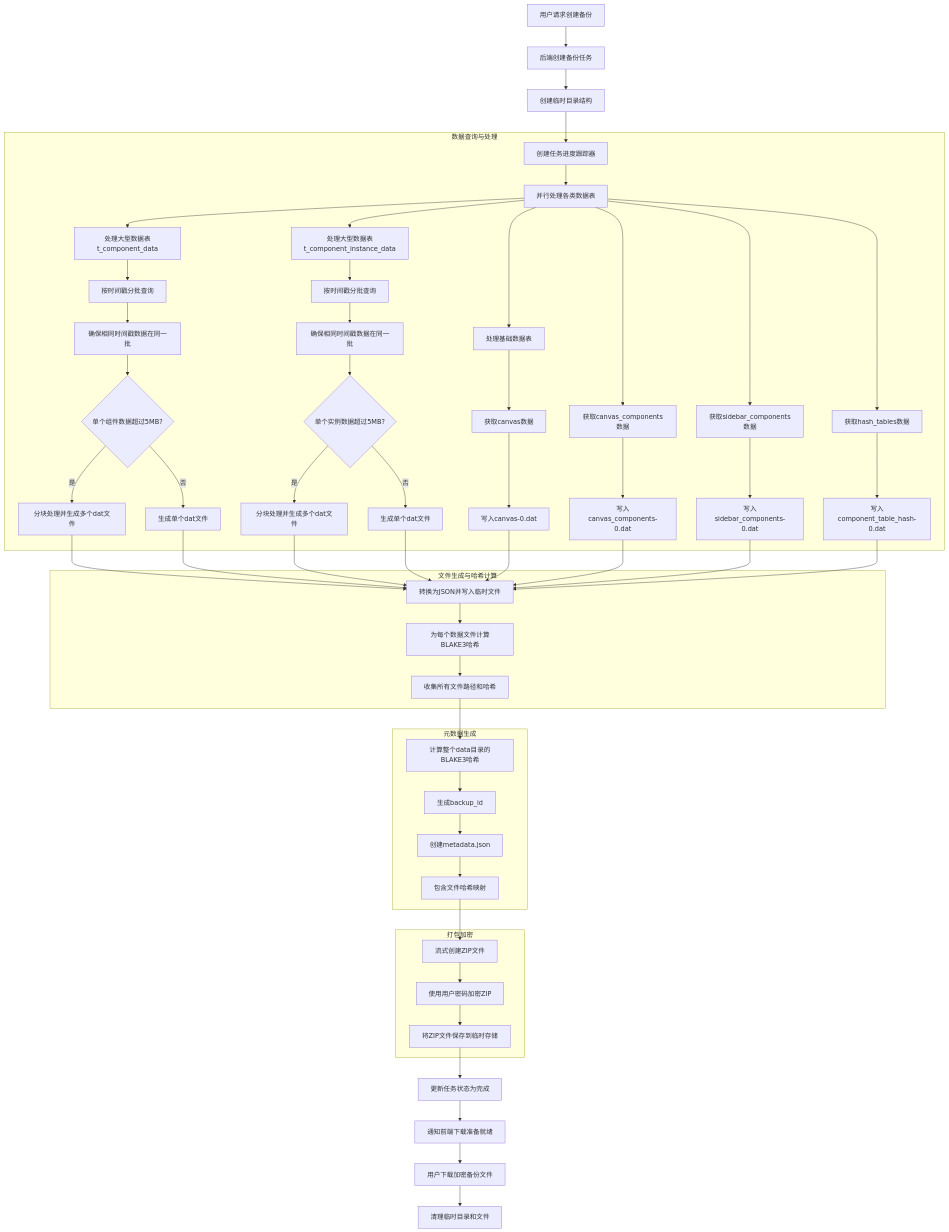
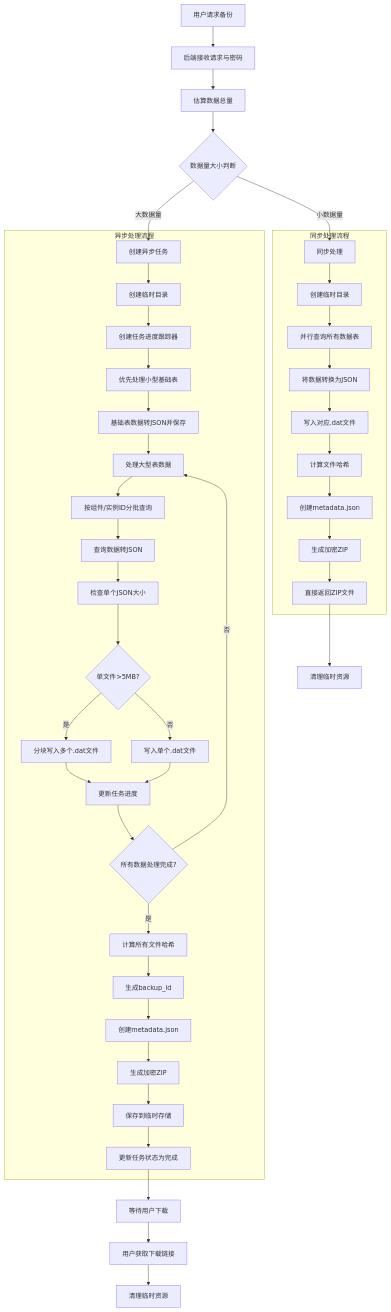
The diagram in all/未命名-61.md (yingjianzh/iodraw-files), drawn with Mermaid before and after one commit.

Commit message:
2025-05-15 17:16:31 update

````diff
--- a/all/未命名-61.md
+++ b/all/未命名-61.md
@@ -1,69 +1,55 @@
 ```mermaid
 flowchart TD
-    A[用户请求创建备份] --> B[后端创建备份任务]
-    B --> C[创建临时目录结构]
-    C --> D[创建任务进度跟踪器]
+    A[用户请求备份] --> B[后端接收请求与密码]
+    B --> C[估算数据总量]
+    C --> D{数据量大小判断}
     
-    subgraph 数据查询与处理
-        D --> E[并行处理各类数据表]
-        
-        E --> F1[处理基础数据表]
-        F1 --> G1[获取canvas数据]
-        G1 --> H1[写入canvas-0.dat]
-        
-        E --> F2[获取canvas_components数据]
-        F2 --> G2[写入canvas_components-0.dat]
-        
-        E --> F3[获取sidebar_components数据]
-        F3 --> G3[写入sidebar_components-0.dat]
-        
-        E --> F4[获取hash_tables数据]
-        F4 --> G4[写入component_table_hash-0.dat]
-        
-        E --> F5[处理大型数据表t_component_data]
-        F5 --> G5[按时间戳分批查询]
-        G5 --> H5[确保相同时间戳数据在同一批]
-        H5 --> I5{单个组件数据超过5MB?}
-        I5 -->|是| J5[分块处理并生成多个dat文件]
-        I5 -->|否| K5[生成单个dat文件]
-        
-        E --> F6[处理大型数据表t_component_instance_data]
-        F6 --> G6[按时间戳分批查询]
-        G6 --> H6[确保相同时间戳数据在同一批]
-        H6 --> I6{单个实例数据超过5MB?}
-        I6 -->|是| J6[分块处理并生成多个dat文件]
-        I6 -->|否| K6[生成单个dat文件]
+    D -->|小数据量| E[同步处理]
+    D -->|大数据量| F[创建异步任务]
+    
+    subgraph 同步处理流程
+        E --> G1[创建临时目录]
+        G1 --> H1[并行查询所有数据表]
+        H1 --> I1[将数据转换为JSON]
+        I1 --> J1[写入对应.dat文件]
+        J1 --> K1[计算文件哈希]
+        K1 --> L1[创建metadata.json]
+        L1 --> M1[生成加密ZIP]
+        M1 --> N1[直接返回ZIP文件]
     end
     
-    subgraph 文件生成与哈希计算
-        J5 --> L[转换为JSON并写入临时文件]
-        K5 --> L
-        J6 --> L
-        K6 --> L
-        H1 --> L
-        G2 --> L
-        G3 --> L
-        G4 --> L
+    subgraph 异步处理流程
+        F --> G2[创建临时目录]
+        G2 --> H2[创建任务进度跟踪器]
+        H2 --> I2[优先处理小型基础表]
         
-        L --> M[为每个数据文件计算BLAKE3哈希]
-        M --> N[收集所有文件路径和哈希]
+        I2 --> J2[基础表数据转JSON并保存]
+        
+        J2 --> K2[处理大型表数据]
+        K2 --> L2[按组件/实例ID分批查询]
+        L2 --> M2[查询数据转JSON]
+        M2 --> N2[检查单个JSON大小]
+        
+        N2 --> O2{单文件>5MB?}
+        O2 -->|是| P2[分块写入多个.dat文件]
+        O2 -->|否| Q2[写入单个.dat文件]
+        
+        P2 --> R2[更新任务进度]
+        Q2 --> R2
+        
+        R2 --> S2{所有数据处理完成?}
+        S2 -->|否| K2
+        S2 -->|是| T2[计算所有文件哈希]
+        
+        T2 --> U2[生成backup_id]
+        U2 --> V2[创建metadata.json]
+        V2 --> W2[生成加密ZIP]
+        W2 --> X2[保存到临时存储]
+        X2 --> Y2[更新任务状态为完成]
     end
     
-    subgraph 元数据生成
-        N --> O[计算整个data目录的BLAKE3哈希]
-        O --> P[生成backup_id]
-        P --> Q[创建metadata.json]
-        Q --> R[包含文件哈希映射]
-    end
-    
-    subgraph 打包加密
-        R --> S[流式创建ZIP文件]
-        S --> T[使用用户密码加密ZIP]
-        T --> U[将ZIP文件保存到临时存储]
-    end
-    
-    U --> V[更新任务状态为完成]
-    V --> W[通知前端下载准备就绪]
-    W --> X[用户下载加密备份文件]
-    X --> Y[清理临时目录和文件]
+    N1 --> Z1[清理临时资源]
+    Y2 --> Z2[等待用户下载]
+    Z2 --> AA[用户获取下载链接]
+    AA --> AB[清理临时资源]
 ```
````
